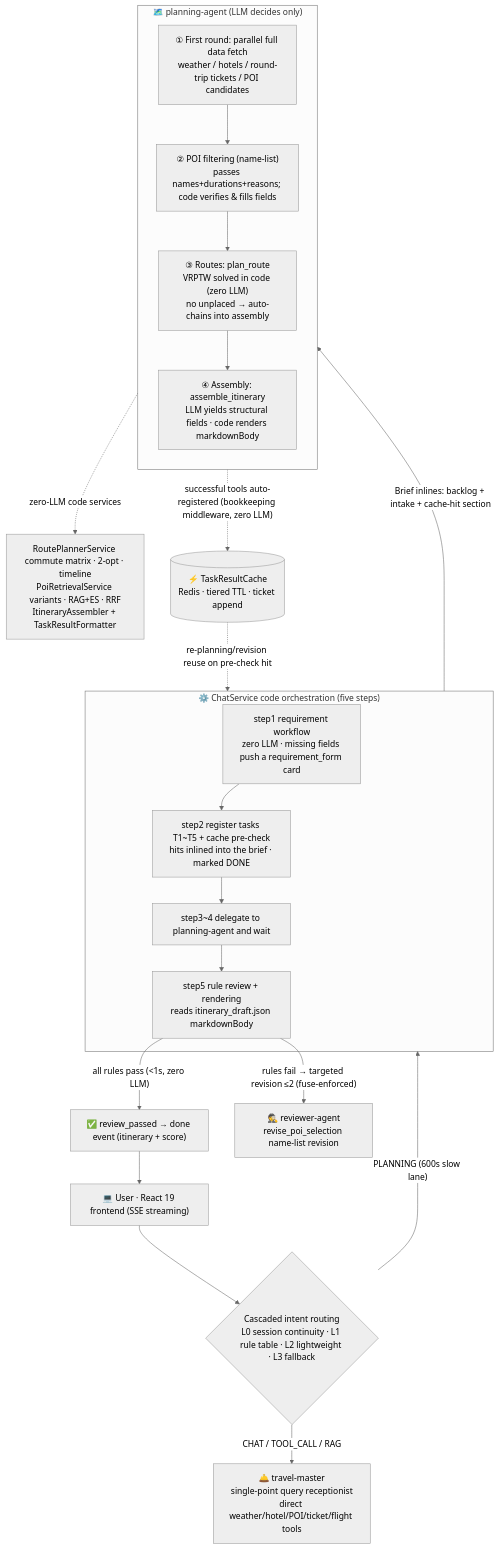
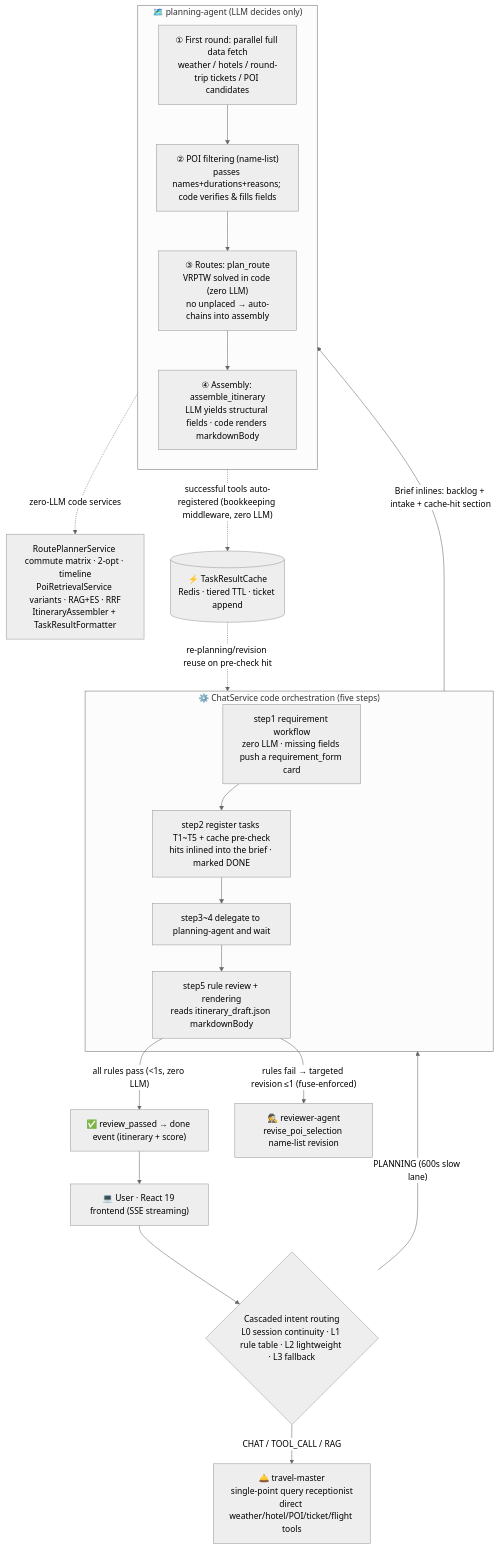
One commit to Kilsme/TravelScope changed the diagram in README.en.md. Above: the diagram before and after it, drawn with Mermaid (neutral theme). The commit also changed other lines of this file and 50 other files, not shown here.

````diff
--- a/README.en.md
+++ b/README.en.md
@@ -55,36 +55,36 @@
 ```mermaid
 flowchart TD
     U["💻 User · React 19 frontend (SSE streaming)"] --> IR{"Cascaded intent routing<br/>L0 session continuity · L1 rule table · L2 lightweight · L3 fallback"}
 
     IR -->|"CHAT / TOOL_CALL / RAG"| M["🛎️ travel-master<br/>single-point query receptionist<br/>direct weather/hotel/POI/ticket/flight tools"]
 
     IR -->|"PLANNING (600s slow lane)"| CS
 
     subgraph CS ["⚙️ ChatService code orchestration (five steps)"]
         S1["step1 requirement workflow<br/>zero LLM · missing fields push a requirement_form card"]
         S2["step2 register tasks T1~T5 + cache pre-check<br/>hits inlined into the brief · marked DONE"]
         S34["step3~4 delegate to planning-agent and wait"]
         S5["step5 rule review + rendering<br/>reads itinerary_draft.json markdownBody"]
         S1 --> S2 --> S34 --> S5
     end
 
     subgraph PA ["🗺️ planning-agent (LLM decides only)"]
         direction TB
         P1["① First round: parallel full data fetch<br/>weather / hotels / round-trip tickets / POI candidates"]
         P2["② POI filtering (name-list)<br/>passes names+durations+reasons; code verifies & fills fields"]
         P3["③ Routes: plan_route<br/>VRPTW solved in code (zero LLM)<br/>no unplaced → auto-chains into assembly"]
         P4["④ Assembly: assemble_itinerary<br/>LLM yields structural fields · code renders markdownBody"]
         P1 --> P2 --> P3 --> P4
     end
 
     CS -->|"Brief inlines: backlog + intake + cache-hit section"| PA
 
     PA -.->|"zero-LLM code services"| SVC["RoutePlannerService commute matrix · 2-opt · timeline<br/>PoiRetrievalService variants · RAG+ES · RRF<br/>ItineraryAssembler + TaskResultFormatter"]
     PA -.->|"successful tools auto-registered (bookkeeping middleware, zero LLM)"| TC[("⚡ TaskResultCache<br/>Redis · tiered TTL · ticket append")]
     TC -.->|"re-planning/revision reuse on pre-check hit"| CS
 
     S5 -->|"all rules pass (<1s, zero LLM)"| OUT["✅ review_passed → done event (itinerary + score)"]
-    S5 -->|"rules fail → targeted revision ≤2 (fuse-enforced)"| RV["🕵️ reviewer-agent<br/>revise_poi_selection name-list revision"]
+    S5 -->|"rules fail → targeted revision ≤1 (fuse-enforced)"| RV["🕵️ reviewer-agent<br/>revise_poi_selection name-list revision"]
 
     OUT --> U
 ```
````
